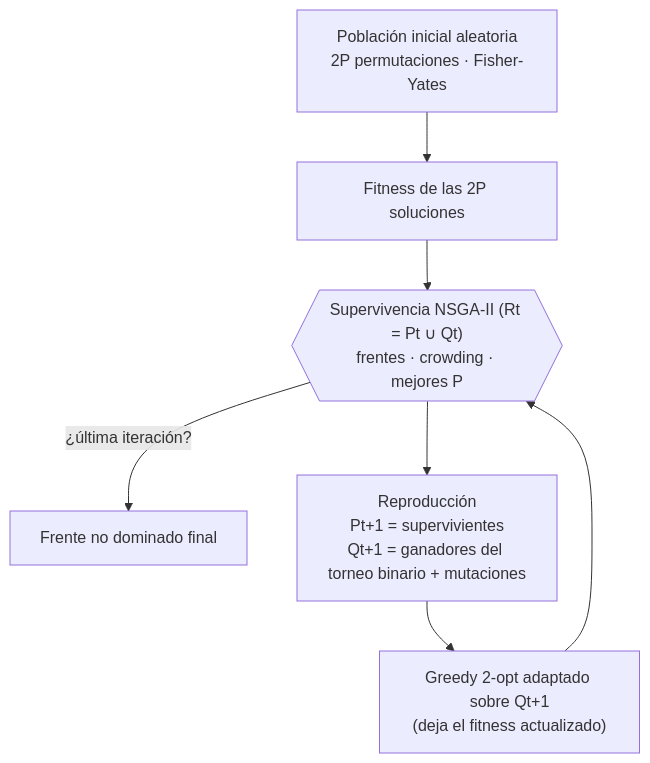
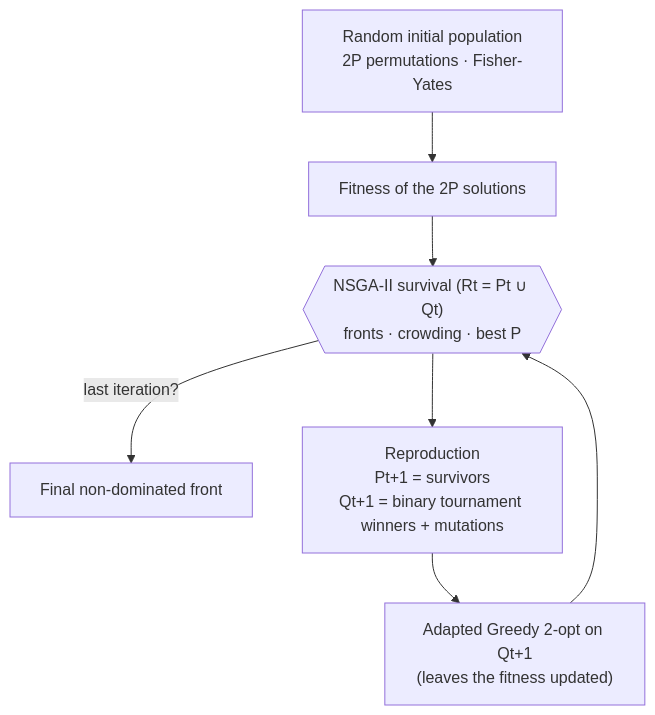
Before and after one commit to apupiales/cuda_mqap: the diagram in README.md, drawn with Mermaid. The commit also changed other lines of this file and 1 other file, not shown here.

````diff
--- a/README.md
+++ b/README.md
@@ -96,9 +98,9 @@
 ```mermaid
 flowchart TD
-    A[Población inicial aleatoria<br/>2P permutaciones · Fisher-Yates] --> B[Fitness de las 2P soluciones]
-    B --> C{{"Supervivencia NSGA-II (Rt = Pt ∪ Qt)<br/>frentes · crowding · mejores P"}}
-    C -->|¿última iteración?| Z[Frente no dominado final]
-    C --> D["Reproducción<br/>Pt+1 = supervivientes<br/>Qt+1 = ganadores del torneo binario + mutaciones"]
-    D --> E["Greedy 2-opt adaptado sobre Qt+1<br/>(deja el fitness actualizado)"]
+    A[Random initial population<br/>2P permutations · Fisher-Yates] --> B[Fitness of the 2P solutions]
+    B --> C{{"NSGA-II survival (Rt = Pt ∪ Qt)<br/>fronts · crowding · best P"}}
+    C -->|last iteration?| Z[Final non-dominated front]
+    C --> D["Reproduction<br/>Pt+1 = survivors<br/>Qt+1 = binary tournament winners + mutations"]
+    D --> E["Adapted Greedy 2-opt on Qt+1<br/>(leaves the fitness updated)"]
     E --> C
 ```
````
